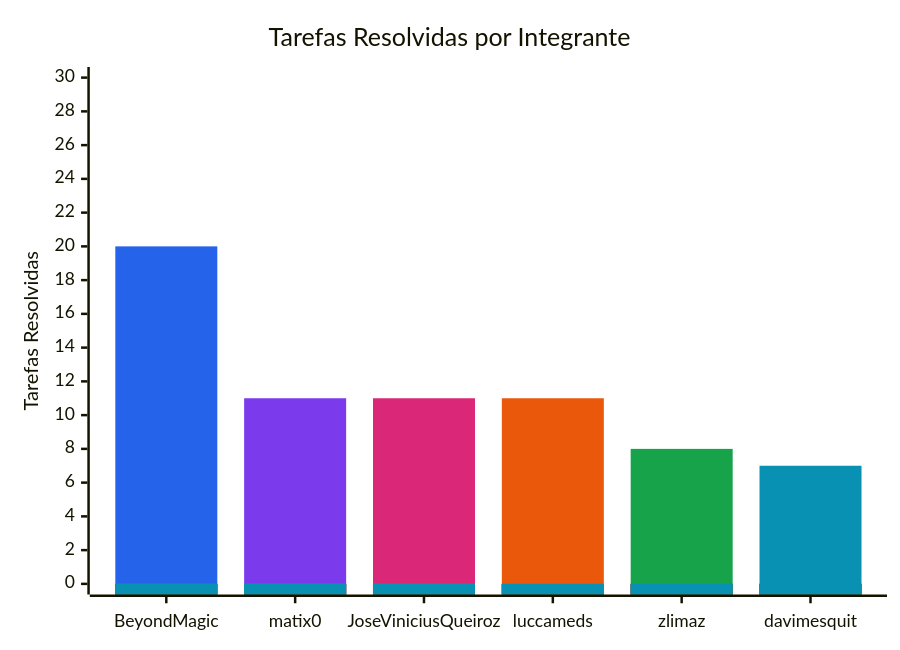
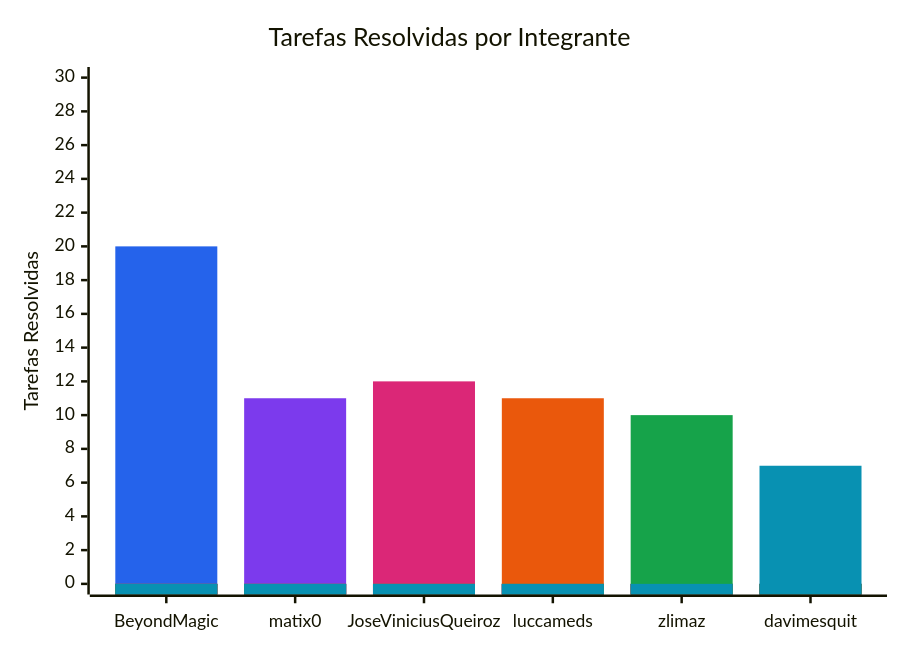
Before and after one commit to FCTE-Qualidade-de-Software-1/2026-2_T01_FRANS_BILAS: the diagram in documentation/snippets/management/resolved-issues.mmd, drawn with Mermaid. The commit also changed 4 other files, not shown here.

```diff
--- a/documentation/snippets/management/resolved-issues.mmd
+++ b/documentation/snippets/management/resolved-issues.mmd
@@ -1,11 +1,11 @@
 %%{init: {"themeVariables": {"xyChart": {"plotColorPalette": "#2563eb, #7c3aed, #db2777, #ea580c, #16a34a, #0891b2"}}}}%%
 xychart-beta
     title "Tarefas Resolvidas por Integrante"
     x-axis ["BeyondMagic", "matix0", "JoseViniciusQueiroz", "luccameds", "zlimaz", "davimesquit"]
     y-axis "Tarefas Resolvidas" 0 --> 30
     bar [20, 0, 0, 0, 0, 0]
     bar [0, 11, 0, 0, 0, 0]
-    bar [0, 0, 11, 0, 0, 0]
+    bar [0, 0, 12, 0, 0, 0]
     bar [0, 0, 0, 11, 0, 0]
-    bar [0, 0, 0, 0, 8, 0]
+    bar [0, 0, 0, 0, 10, 0]
     bar [0, 0, 0, 0, 0, 7]
```
